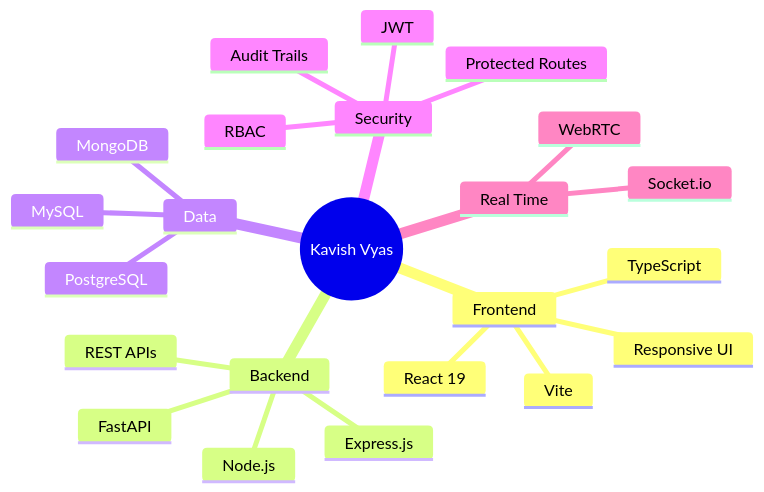
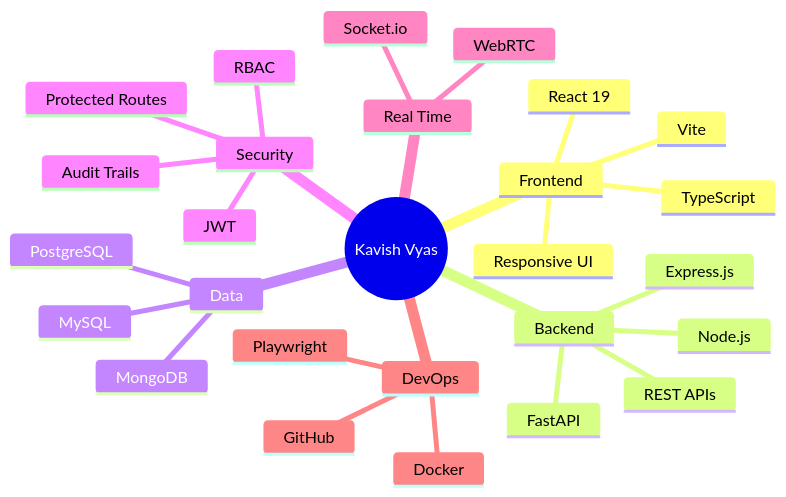
The first of 3 diagrams in README.md (Kavish0001/Kavish0001), drawn with Mermaid before and after one commit. The commit also changed other lines of this file, not shown here.

````diff
--- a/README.md
+++ b/README.md
@@ -70,26 +90,30 @@
 ```mermaid
 mindmap
   root((Kavish Vyas))
     Frontend
       React 19
       TypeScript
       Vite
       Responsive UI
     Backend
       Node.js
       Express.js
       FastAPI
       REST APIs
     Data
       PostgreSQL
       MongoDB
       MySQL
     Security
       JWT
       RBAC
       Protected Routes
       Audit Trails
     Real Time
       WebRTC
       Socket.io
+    DevOps
+      Docker
+      GitHub
+      Playwright
 ```
````
